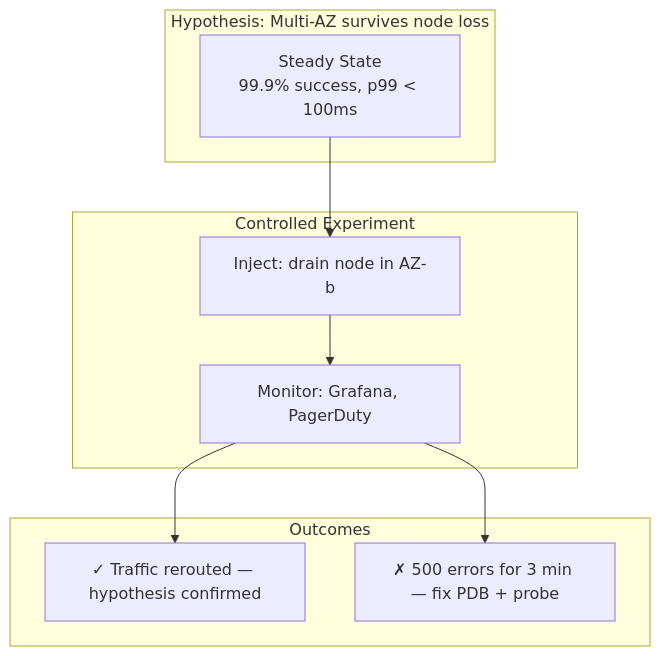
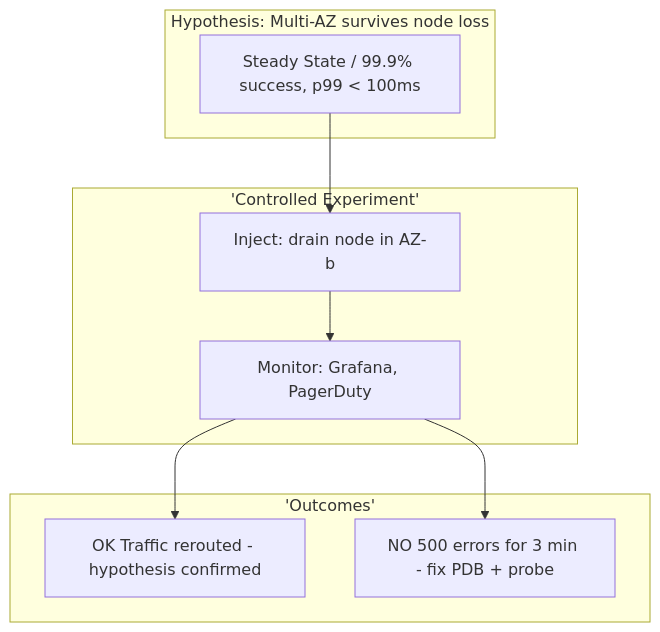
One commit to hareramcse/SystemDesign changed diagram 20 of 21 in 12-reliability-engineering/README.md. Above: the diagram before and after it, drawn with Mermaid. The commit also changed other lines of this file and 14 other files, not shown here.

````diff
--- a/12-reliability-engineering/README.md
+++ b/12-reliability-engineering/README.md
@@ -974,15 +974,15 @@
 ```mermaid
 flowchart TB
     subgraph Hypothesis["Hypothesis: Multi-AZ survives node loss"]
-        SS[Steady State<br/>99.9% success, p99 < 100ms]
+        SS[Steady State / 99.9% success, p99 < 100ms]
     end
-    subgraph Experiment["Controlled Experiment"]
-        FI[Inject: drain node in AZ-b]
-        MON[Monitor: Grafana, PagerDuty]
+    subgraph Experiment['Controlled Experiment']
+        FI["Inject: drain node in AZ-b"]
+        MON["Monitor: Grafana, PagerDuty"]
     end
-    subgraph Outcome["Outcomes"]
-        OK[✓ Traffic rerouted — hypothesis confirmed]
-        FAIL[✗ 500 errors for 3 min — fix PDB + probe]
+    subgraph Outcome['Outcomes']
+        OK[OK Traffic rerouted - hypothesis confirmed]
+        FAIL[NO 500 errors for 3 min - fix PDB + probe]
     end
     SS --> FI --> MON --> OK & FAIL
 ```
````
